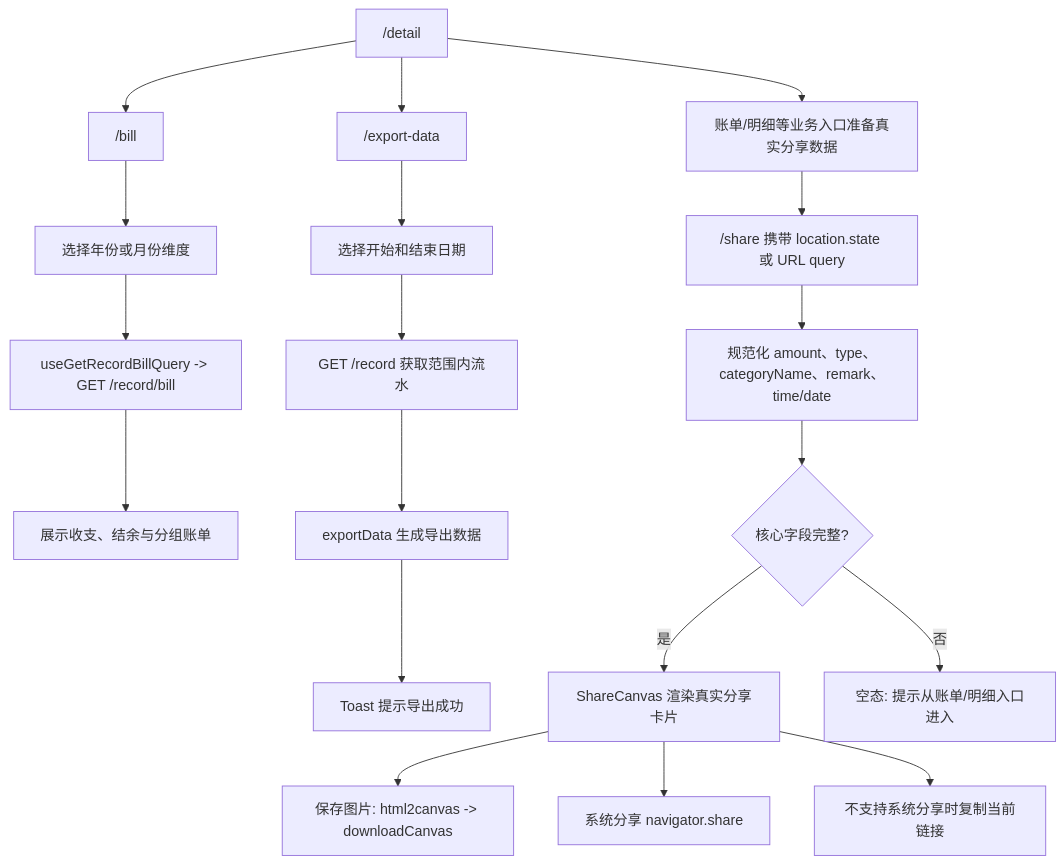
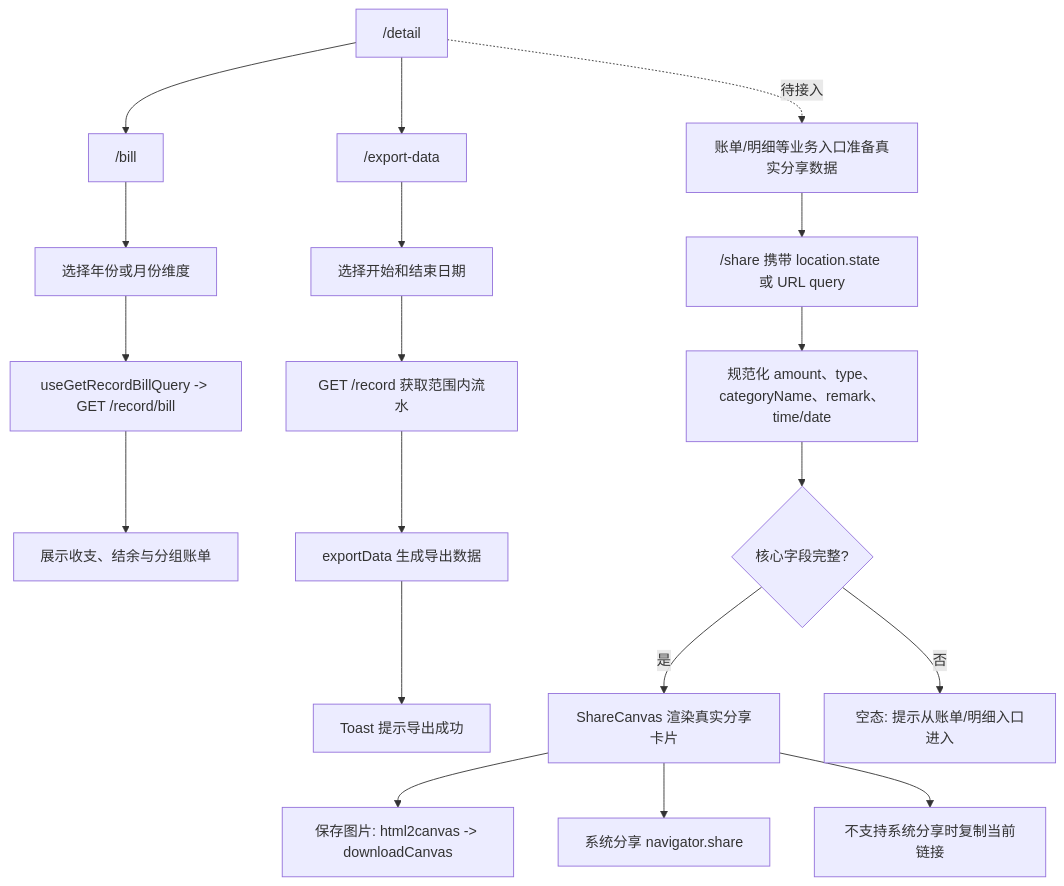
The fourth of 12 diagrams in docs/flowcharts/feature-flows.md (whale-wave/ww-bill-client), drawn with Mermaid before and after one commit. The commit also changed other lines of this file and 3 other files, not shown here.

````diff
--- a/docs/flowcharts/feature-flows.md
+++ b/docs/flowcharts/feature-flows.md
@@ -136,23 +136,23 @@
 ```mermaid
 flowchart TD
   Detail["/detail"] --> Bill["/bill"]
   Bill --> SelectType["选择年份或月份维度"]
   SelectType --> BillApi["useGetRecordBillQuery -> GET /record/bill"]
   BillApi --> BillTabs["展示收支、结余与分组账单"]
 
   Detail --> Export["/export-data"]
   Export --> PickRange["选择开始和结束日期"]
   PickRange --> ExportApi["GET /record 获取范围内流水"]
   ExportApi --> BuildFile["exportData 生成导出数据"]
   BuildFile --> ExportDone["Toast 提示导出成功"]
 
-  Detail --> ShareEntry["账单/明细等业务入口准备真实分享数据"]
+  Detail -. 待接入 .-> ShareEntry["账单/明细等业务入口准备真实分享数据"]
   ShareEntry --> Share["/share 携带 location.state 或 URL query"]
   Share --> NormalizeShare["规范化 amount、type、categoryName、remark、time/date"]
   NormalizeShare --> ShareValid{"核心字段完整?"}
   ShareValid -->|是| Canvas["ShareCanvas 渲染真实分享卡片"]
   Canvas --> SaveShare["保存图片: html2canvas -> downloadCanvas"]
   Canvas --> SystemShare["系统分享 navigator.share"]
   Canvas --> CopyShare["不支持系统分享时复制当前链接"]
   ShareValid -->|否| ShareEmpty["空态: 提示从账单/明细入口进入"]
 ```
````
